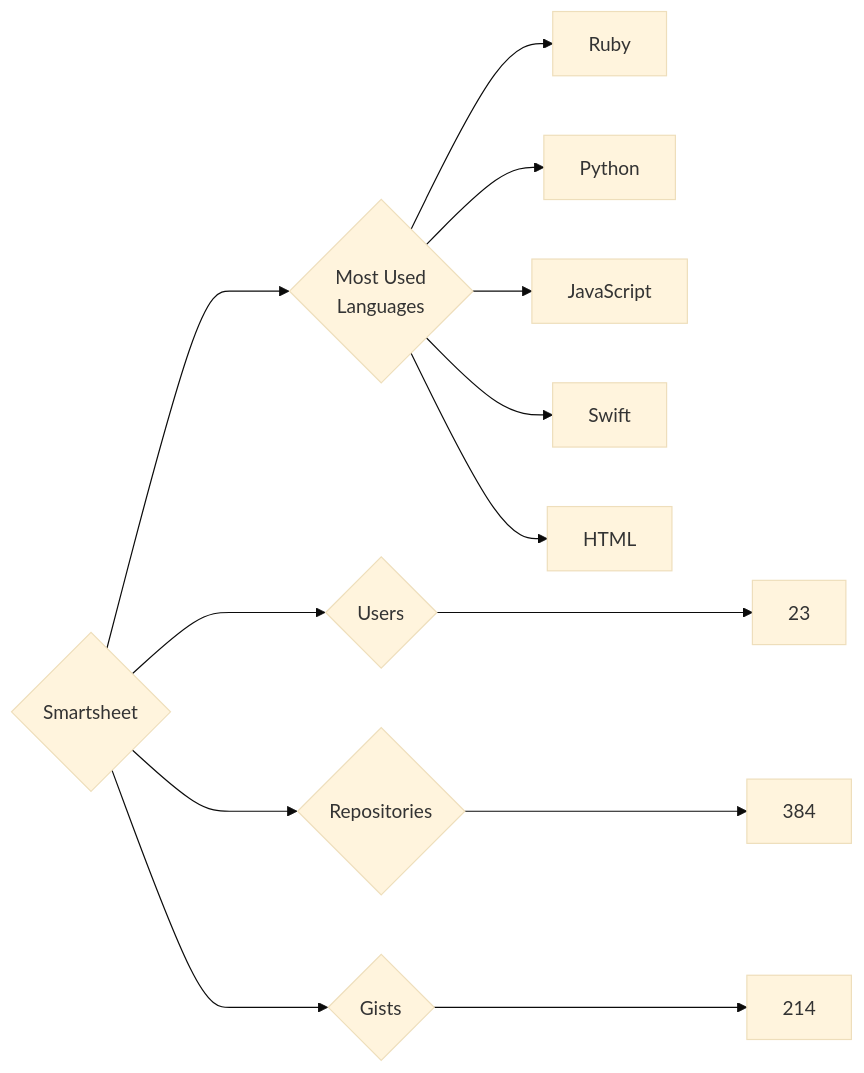
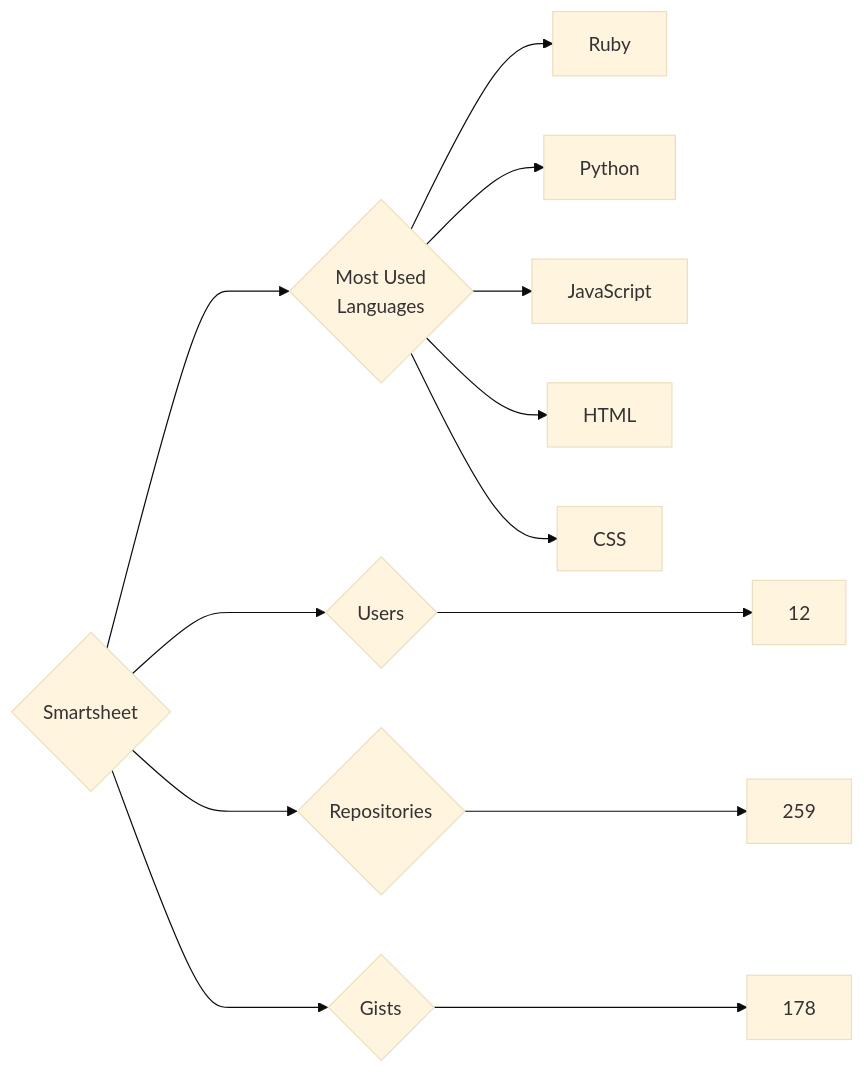
One commit to trickest/insiders changed the diagram in targets/Smartsheet/README.md. Above: the diagram before and after it, drawn with Mermaid (base theme). The commit also changed 912 other files, not shown here.

````diff
--- a/targets/Smartsheet/README.md
+++ b/targets/Smartsheet/README.md
@@ -3,13 +3,13 @@
 ```mermaid
 graph LR
 COMPANY_NAME{Smartsheet}
-COMPANY_NAME ---> U{Users} ---> UN[23]
-COMPANY_NAME ---> R{Repositories} ---> RN[384]
-COMPANY_NAME ---> G{Gists} ---> GN[214]
+COMPANY_NAME ---> U{Users} ---> UN[12]
+COMPANY_NAME ---> R{Repositories} ---> RN[259]
+COMPANY_NAME ---> G{Gists} ---> GN[178]
 COMPANY_NAME ---> ML{Most Used<br>Languages}
 ML --> Ruby[Ruby]
 ML --> Python[Python]
 ML --> JavaScript[JavaScript]
-ML --> Swift[Swift]
 ML --> HTML[HTML]
+ML --> CSS[CSS]
 ```
````
